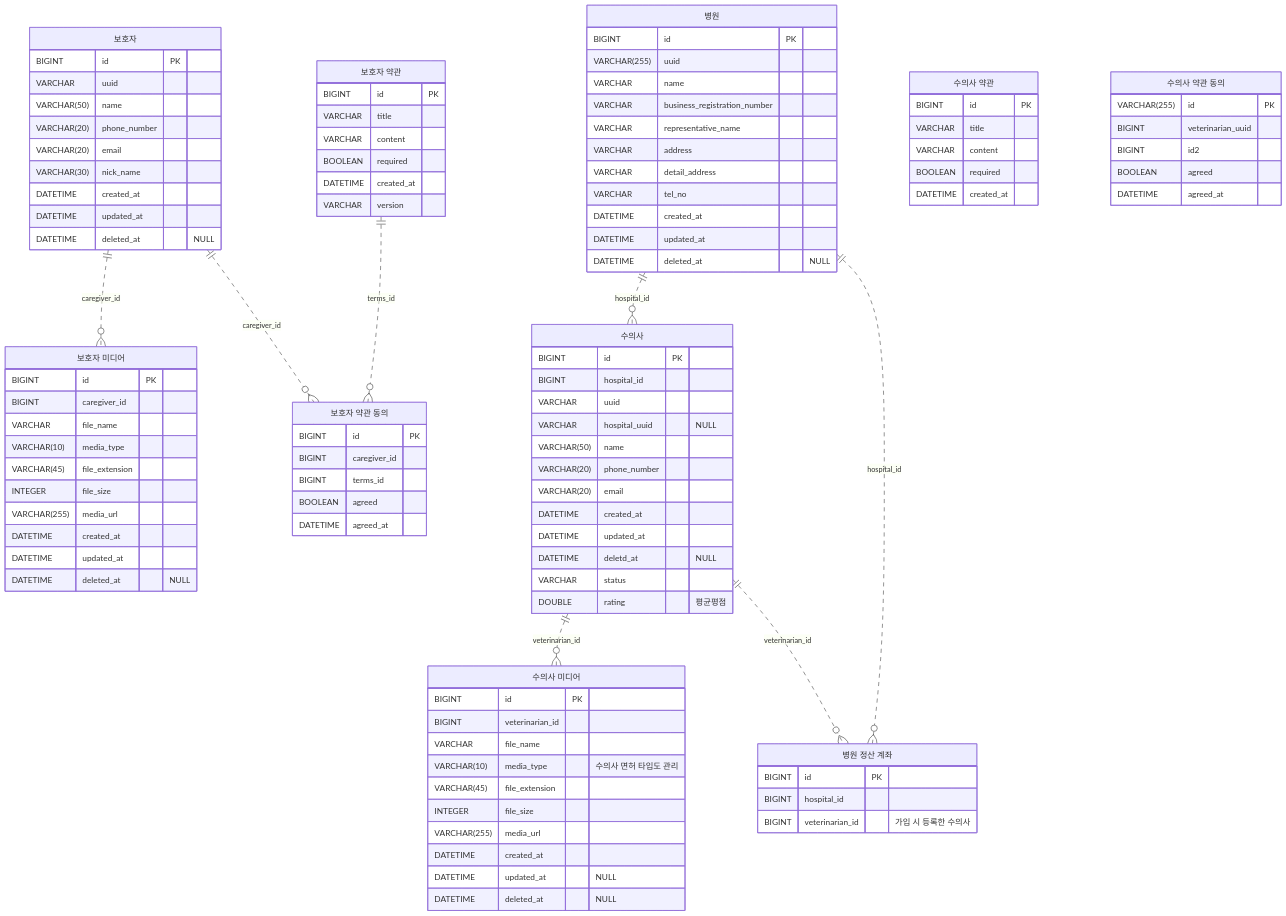
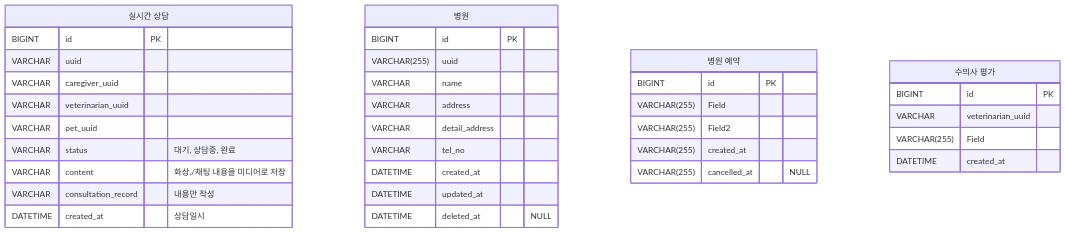
One commit to louie-kury/louie-kury-document changed the third of 7 diagrams in docs/erd.md. Above: the diagram before and after it, drawn with Mermaid. The commit also changed other lines of this file, not shown here.

Commit message:
docs: 최신 SQL과 MongoDB 구분에 맞춰 ERD 재작성

````diff
--- a/docs/erd.md
+++ b/docs/erd.md
@@ -101,97 +99,20 @@
 ```mermaid
 erDiagram
-    "보호자" ||..o{ "보호자 미디어" : "caregiver_id"
-    "보호자" ||..o{ "보호자 약관 동의" : "caregiver_id"
-    "보호자 약관" ||..o{ "보호자 약관 동의" : "terms_id"
-    "수의사" ||..o{ "수의사 미디어" : "veterinarian_id"
-    "병원" ||..o{ "수의사" : "hospital_id"
-    "병원" ||..o{ "병원 정산 계좌" : "hospital_id"
-    "수의사" ||..o{ "병원 정산 계좌" : "veterinarian_id"
-
-    "보호자" {
+    "실시간 상담" {
         BIGINT id PK
         VARCHAR uuid
-        VARCHAR(50) name
-        VARCHAR(20) phone_number
-        VARCHAR(20) email
-        VARCHAR(30) nick_name
-        DATETIME created_at
-        DATETIME updated_at
-        DATETIME deleted_at "NULL"
-    }
-    "보호자 미디어" {
-        BIGINT id PK
-        BIGINT caregiver_id
-        VARCHAR file_name
-        VARCHAR(10) media_type
-        VARCHAR(45) file_extension
-        INTEGER file_size
-        VARCHAR(255) media_url
-        DATETIME created_at
-        DATETIME updated_at
-        DATETIME deleted_at "NULL"
-    }
-    "보호자 약관" {
-        BIGINT id PK
-        VARCHAR title
-        VARCHAR content
-        BOOLEAN required
-        DATETIME created_at
-        VARCHAR version
-    }
-    "보호자 약관 동의" {
-        BIGINT id PK
-        BIGINT caregiver_id
-        BIGINT terms_id
-        BOOLEAN agreed
-        DATETIME agreed_at
-    }
-    "수의사" {
-        BIGINT id PK
-        BIGINT hospital_id
-        VARCHAR uuid
-        VARCHAR hospital_uuid "NULL"
-        VARCHAR(50) name
-        VARCHAR(20) phone_number
-        VARCHAR(20) email
-        DATETIME created_at
-        DATETIME updated_at
-        DATETIME deletd_at "NULL"
-        VARCHAR status
-        DOUBLE rating "평균평점"
-    }
-    "수의사 미디어" {
-        BIGINT id PK
-        BIGINT veterinarian_id
-        VARCHAR file_name
-        VARCHAR(10) media_type "수의사 면허 타입도 관리"
-        VARCHAR(45) file_extension
-        INTEGER file_size
-        VARCHAR(255) media_url
-        DATETIME created_at
-        DATETIME updated_at "NULL"
-        DATETIME deleted_at "NULL"
-    }
-    "수의사 약관" {
-        BIGINT id PK
-        VARCHAR title
-        VARCHAR content
-        BOOLEAN required
-        DATETIME created_at
-    }
-    "수의사 약관 동의" {
-        VARCHAR(255) id PK
-        BIGINT veterinarian_uuid
-        BIGINT id2
-        BOOLEAN agreed
-        DATETIME agreed_at
+        VARCHAR caregiver_uuid
+        VARCHAR veterinarian_uuid
+        VARCHAR pet_uuid
+        VARCHAR status "대기, 상담중, 완료"
+        VARCHAR content "화상,/채팅 내용을 미디어로 저장"
+        VARCHAR consultation_record "내용만 작성"
+        DATETIME created_at "상담일시"
     }
     "병원" {
         BIGINT id PK
         VARCHAR(255) uuid
         VARCHAR name
-        VARCHAR business_registration_number
-        VARCHAR representative_name
         VARCHAR address
         VARCHAR detail_address
         VARCHAR tel_no
@@ -199,9 +120,17 @@
         DATETIME updated_at
         DATETIME deleted_at "NULL"
     }
-    "병원 정산 계좌" {
+    "병원 예약" {
         BIGINT id PK
-        BIGINT hospital_id
-        BIGINT veterinarian_id "가입 시 등록한 수의사"
+        VARCHAR(255) Field
+        VARCHAR(255) Field2
+        VARCHAR(255) created_at
+        VARCHAR(255) cancelled_at "NULL"
+    }
+    "수의사 평가" {
+        BIGINT id PK
+        VARCHAR veterinarian_uuid
+        VARCHAR(255) Field
+        DATETIME created_at
     }
 ```
````
